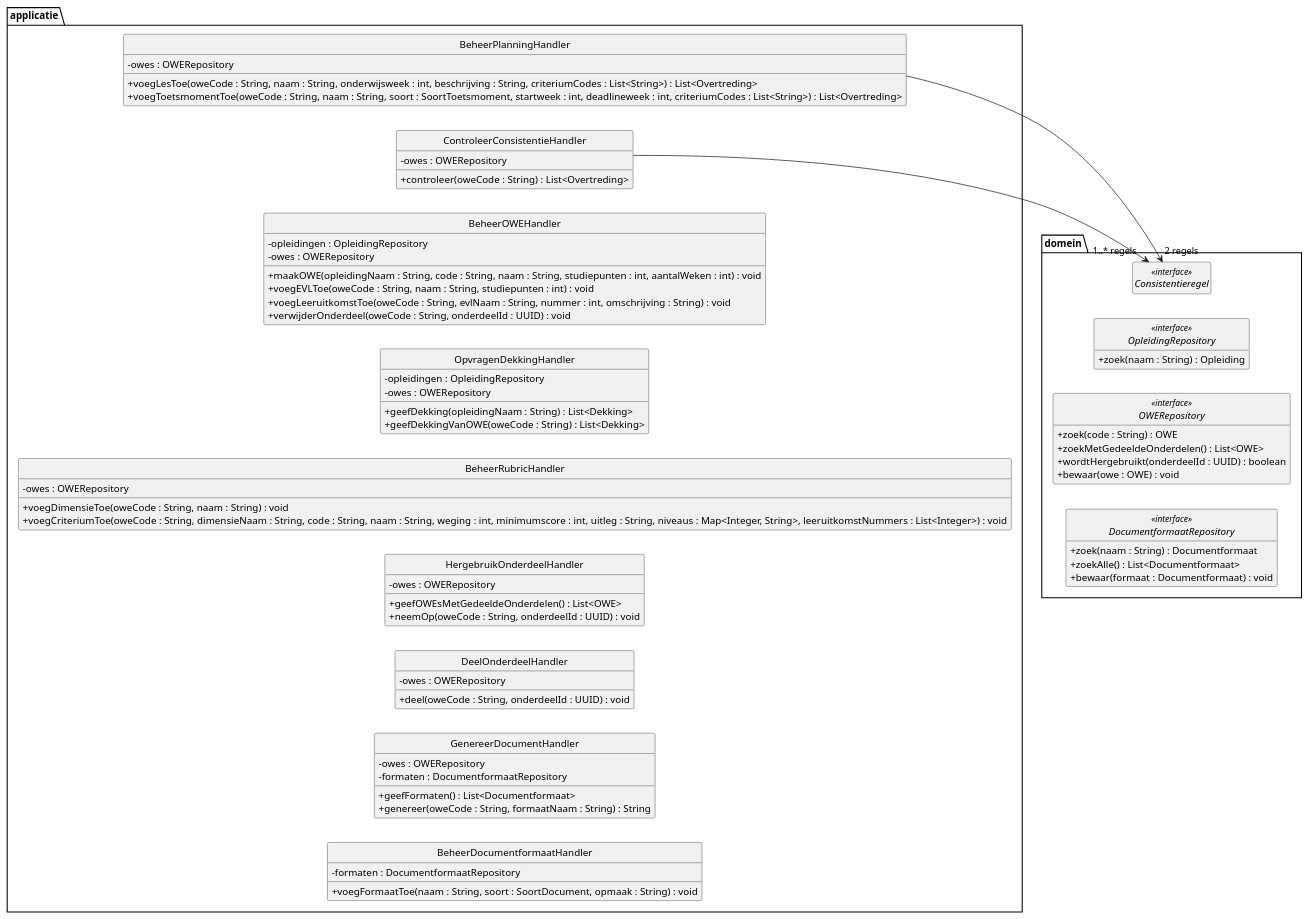
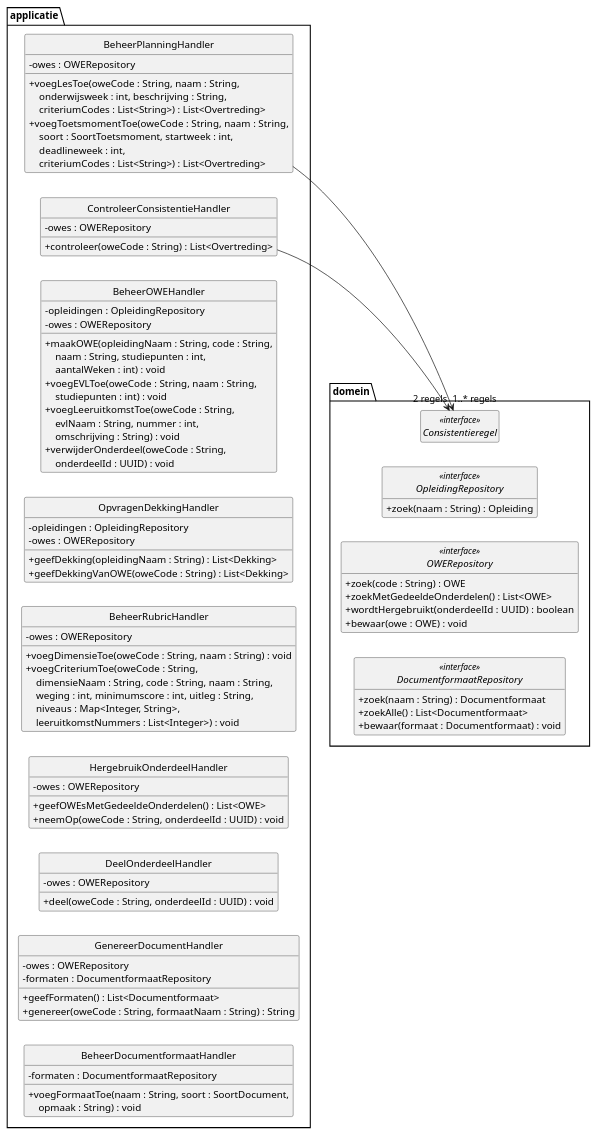
One commit to HAN-Craftsmanship-KL-JJG/casus changed the diagram in docs/diagrams/klassendiagram-handlers.puml. Above: the diagram before and after it, drawn with PlantUML. The commit also changed 5 other files, not shown here.

First line of the commit message:
docs: wrap long signatures in class diagrams

```diff
--- a/docs/diagrams/klassendiagram-handlers.puml
+++ b/docs/diagrams/klassendiagram-handlers.puml
@@ -1,102 +1,112 @@
 @startuml klassendiagram-handlers
 ' Design class diagram van ICDE: use case controllers en repositories.
 ' Toelichting: docs/klassendiagram.md
 ' De domeinklassen staan volledig in klassendiagram-domein.puml.
 ' Verwijzingen naar repositories staan als attribuut, niet als lijn (Larman 7.4).
 skinparam style strictuml
 skinparam shadowing false
 skinparam defaultFontName Helvetica
 skinparam classAttributeIconSize 0
 hide empty members
 left to right direction
 
 package applicatie {
   class BeheerOWEHandler {
     - opleidingen : OpleidingRepository
     - owes : OWERepository
-    + maakOWE(opleidingNaam : String, code : String, naam : String, \
-studiepunten : int, aantalWeken : int) : void
-    + voegEVLToe(oweCode : String, naam : String, studiepunten : int) : void
-    + voegLeeruitkomstToe(oweCode : String, evlNaam : String, nummer : int, \
+    + maakOWE(opleidingNaam : String, code : String,\n    \
+naam : String, studiepunten : int,\n    \
+aantalWeken : int) : void
+    + voegEVLToe(oweCode : String, naam : String,\n    \
+studiepunten : int) : void
+    + voegLeeruitkomstToe(oweCode : String,\n    \
+evlNaam : String, nummer : int,\n    \
 omschrijving : String) : void
-    + verwijderOnderdeel(oweCode : String, onderdeelId : UUID) : void
+    + verwijderOnderdeel(oweCode : String,\n    \
+onderdeelId : UUID) : void
   }
   class BeheerRubricHandler {
     - owes : OWERepository
     + voegDimensieToe(oweCode : String, naam : String) : void
-    + voegCriteriumToe(oweCode : String, dimensieNaam : String, code : String, \
-naam : String, weging : int, minimumscore : int, uitleg : String, \
-niveaus : Map<Integer, String>, leeruitkomstNummers : List<Integer>) : void
+    + voegCriteriumToe(oweCode : String,\n    \
+dimensieNaam : String, code : String, naam : String,\n    \
+weging : int, minimumscore : int, uitleg : String,\n    \
+niveaus : Map<Integer, String>,\n    \
+leeruitkomstNummers : List<Integer>) : void
   }
   class BeheerPlanningHandler {
     - owes : OWERepository
-    + voegLesToe(oweCode : String, naam : String, onderwijsweek : int, \
-beschrijving : String, criteriumCodes : List<String>) : List<Overtreding>
-    + voegToetsmomentToe(oweCode : String, naam : String, soort : SoortToetsmoment, \
-startweek : int, deadlineweek : int, criteriumCodes : List<String>) : List<Overtreding>
+    + voegLesToe(oweCode : String, naam : String,\n    \
+onderwijsweek : int, beschrijving : String,\n    \
+criteriumCodes : List<String>) : List<Overtreding>
+    + voegToetsmomentToe(oweCode : String, naam : String,\n    \
+soort : SoortToetsmoment, startweek : int,\n    \
+deadlineweek : int,\n    \
+criteriumCodes : List<String>) : List<Overtreding>
   }
   class ControleerConsistentieHandler {
     - owes : OWERepository
     + controleer(oweCode : String) : List<Overtreding>
   }
   class GenereerDocumentHandler {
     - owes : OWERepository
     - formaten : DocumentformaatRepository
     + geefFormaten() : List<Documentformaat>
     + genereer(oweCode : String, formaatNaam : String) : String
   }
   class HergebruikOnderdeelHandler {
     - owes : OWERepository
     + geefOWEsMetGedeeldeOnderdelen() : List<OWE>
     + neemOp(oweCode : String, onderdeelId : UUID) : void
   }
   class OpvragenDekkingHandler {
     - opleidingen : OpleidingRepository
     - owes : OWERepository
     + geefDekking(opleidingNaam : String) : List<Dekking>
     + geefDekkingVanOWE(oweCode : String) : List<Dekking>
   }
   class DeelOnderdeelHandler {
     - owes : OWERepository
     + deel(oweCode : String, onderdeelId : UUID) : void
   }
   class BeheerDocumentformaatHandler {
     - formaten : DocumentformaatRepository
-    + voegFormaatToe(naam : String, soort : SoortDocument, opmaak : String) : void
+    + voegFormaatToe(naam : String, soort : SoortDocument,\n    \
+opmaak : String) : void
   }
 }
 
 package domein {
   interface OWERepository <<interface>> {
     + zoek(code : String) : OWE
     + zoekMetGedeeldeOnderdelen() : List<OWE>
     + wordtHergebruikt(onderdeelId : UUID) : boolean
     + bewaar(owe : OWE) : void
   }
   interface OpleidingRepository <<interface>> {
     + zoek(naam : String) : Opleiding
   }
   interface DocumentformaatRepository <<interface>> {
     + zoek(naam : String) : Documentformaat
     + zoekAlle() : List<Documentformaat>
     + bewaar(formaat : Documentformaat) : void
   }
   interface Consistentieregel <<interface>>
 }
 
 BeheerPlanningHandler --> "2 regels" Consistentieregel
 ControleerConsistentieHandler --> "1..* regels" Consistentieregel
 ' Onzichtbare lijnen zetten elke handler naast zijn repositories.
 BeheerOWEHandler -[hidden]-> OpleidingRepository
 BeheerOWEHandler -[hidden]-> OWERepository
 BeheerRubricHandler -[hidden]-> OWERepository
 BeheerPlanningHandler -[hidden]-> OWERepository
 ControleerConsistentieHandler -[hidden]-> OWERepository
 GenereerDocumentHandler -[hidden]-> OWERepository
 GenereerDocumentHandler -[hidden]-> DocumentformaatRepository
 HergebruikOnderdeelHandler -[hidden]-> OWERepository
 OpvragenDekkingHandler -[hidden]-> OpleidingRepository
 OpvragenDekkingHandler -[hidden]-> OWERepository
 DeelOnderdeelHandler -[hidden]-> OWERepository
 BeheerDocumentformaatHandler -[hidden]-> DocumentformaatRepository
 @enduml
```
